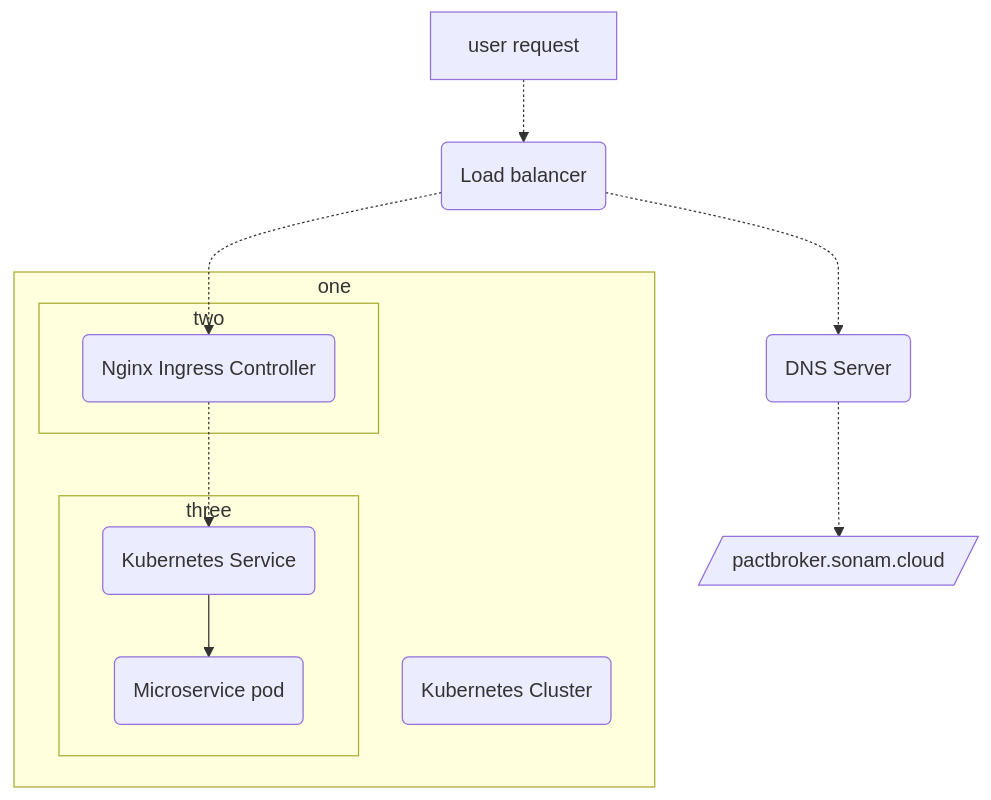
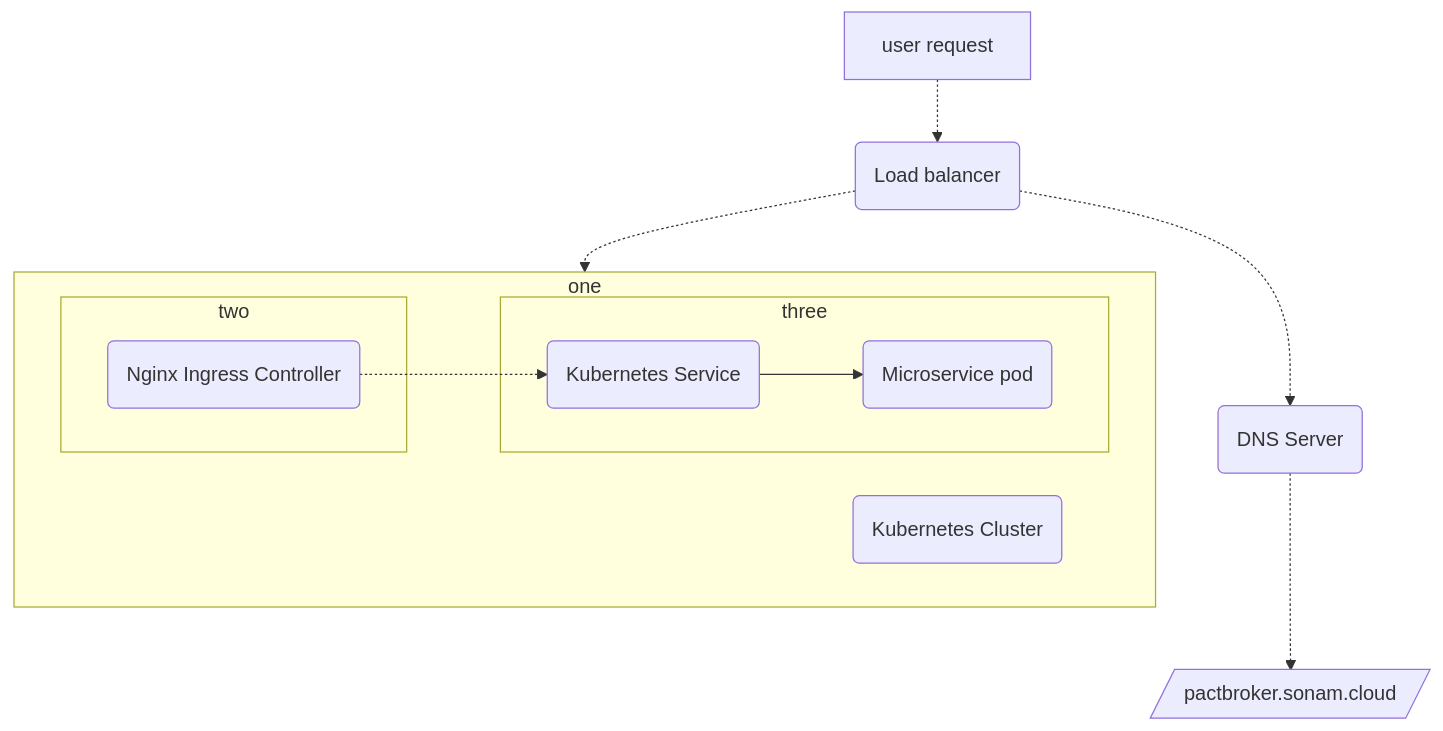
One commit to sonamsamdupkhangsar/sonamsamdupkhangsar.github.io changed the first of 4 diagrams in README.md. Above: the diagram before and after it, drawn with Mermaid.

Commit message:
remove applicaiton

````diff
--- a/README.md
+++ b/README.md
@@ -10,20 +10,20 @@
 ```mermaid
 flowchart TD
     A[user request] -.-> B(Load balancer)
     B -.-> C(DNS Server)
     C -.-> D[/pactbroker.sonam.cloud/]
     subgraph one
     E(Kubernetes Cluster)
     subgraph two
     F(Nginx Ingress Controller) 
     end
     subgraph three
     G(Kubernetes Service)
     G --> H(Microservice pod)
     end    
     end
     F -.-> G
-    B -.-> F
+    B -.-> one
 
 
 ```
````
